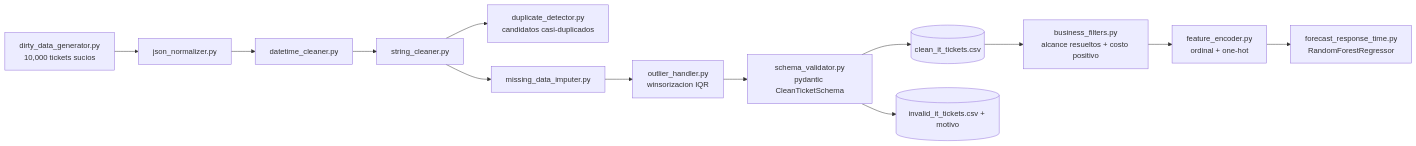
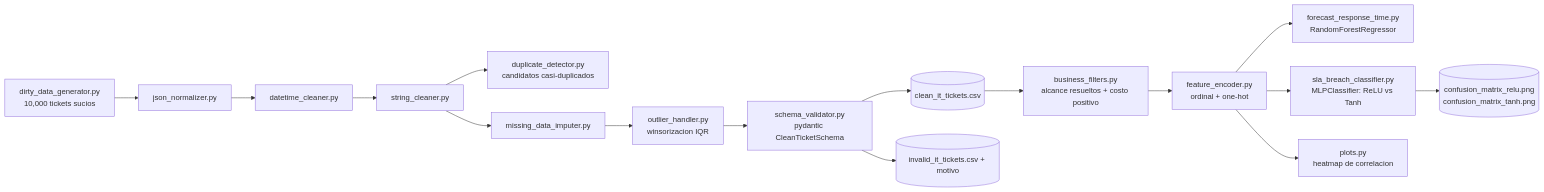
The diagram in README.es.md (Rxyxs/Limpieza_Datos), drawn with Mermaid before and after one commit. The commit also changed other lines of this file and 9 other files, not shown here.

First line of the commit message:
feat: correlation heatmap, SLA-breach classifier with confusion matrices, ReLU vs Tanh comparison

````diff
--- a/README.es.md
+++ b/README.es.md
@@ -35,15 +38,18 @@
 ```mermaid
 flowchart LR
     A[dirty_data_generator.py<br/>10,000 tickets sucios] --> B[json_normalizer.py]
     B --> C[datetime_cleaner.py]
     C --> D[string_cleaner.py]
     D --> E[duplicate_detector.py<br/>candidatos casi-duplicados]
     D --> F[missing_data_imputer.py]
     F --> G[outlier_handler.py<br/>winsorizacion IQR]
     G --> H["schema_validator.py<br/>pydantic CleanTicketSchema"]
     H --> I[(clean_it_tickets.csv)]
     H --> J[(invalid_it_tickets.csv + motivo)]
     I --> K[business_filters.py<br/>alcance resueltos + costo positivo]
     K --> L[feature_encoder.py<br/>ordinal + one-hot]
     L --> M["forecast_response_time.py<br/>RandomForestRegressor"]
+    L --> N["sla_breach_classifier.py<br/>MLPClassifier: ReLU vs Tanh"]
+    L --> O["plots.py<br/>heatmap de correlacion"]
+    N --> P[(confusion_matrix_relu.png<br/>confusion_matrix_tanh.png)]
 ```
````
